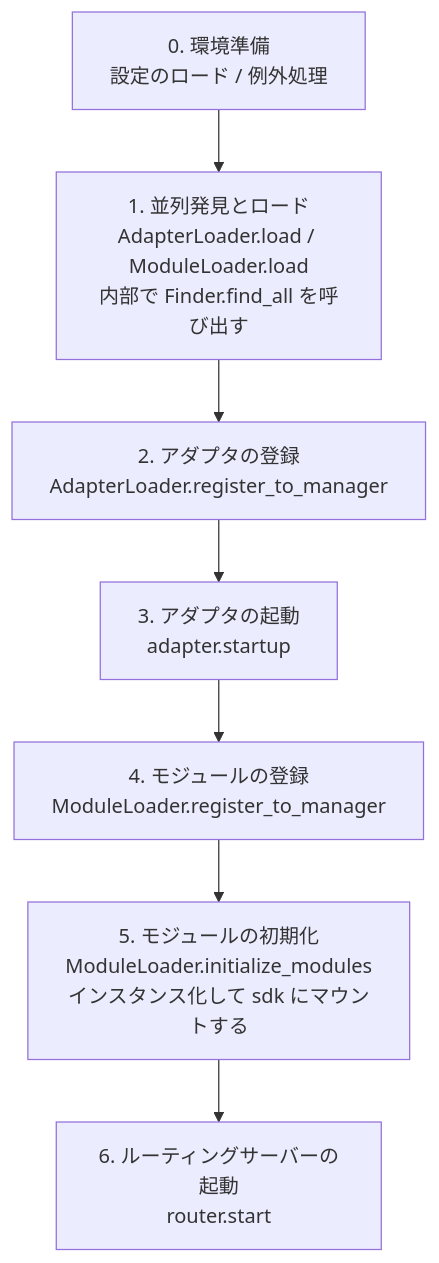
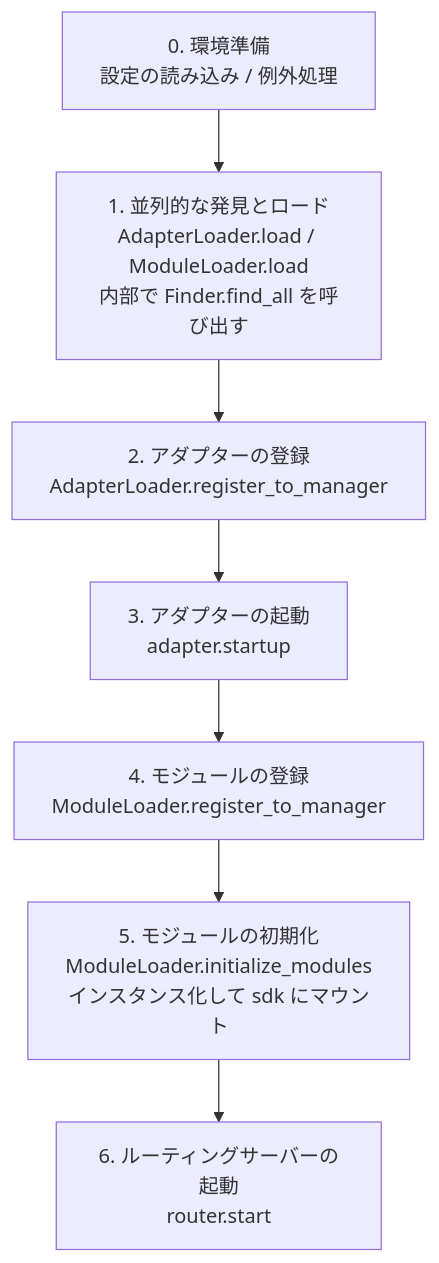
Before and after one commit to ErisPulse/ErisPulse: the diagram in docs/ja/advanced/startup.md, drawn with Mermaid. The commit also changed other lines of this file and 622 other files, not shown here.

````diff
--- a/docs/ja/advanced/startup.md
+++ b/docs/ja/advanced/startup.md
@@ -27,10 +27,10 @@
 ```mermaid
 flowchart TD
-    A[0. 環境準備<br/>設定のロード / 例外処理] --> B
-    B[1. 並列発見とロード<br/>AdapterLoader.load / ModuleLoader.load<br/>内部で Finder.find_all を呼び出す] --> C
-    C[2. アダプタの登録<br/>AdapterLoader.register_to_manager] --> D
-    D[3. アダプタの起動<br/>adapter.startup] --> E
+    A[0. 環境準備<br/>設定の読み込み / 例外処理] --> B
+    B[1. 並列的な発見とロード<br/>AdapterLoader.load / ModuleLoader.load<br/>内部で Finder.find_all を呼び出す] --> C
+    C[2. アダプターの登録<br/>AdapterLoader.register_to_manager] --> D
+    D[3. アダプターの起動<br/>adapter.startup] --> E
     E[4. モジュールの登録<br/>ModuleLoader.register_to_manager] --> F
-    F[5. モジュールの初期化<br/>ModuleLoader.initialize_modules<br/>インスタンス化して sdk にマウントする] --> G
+    F[5. モジュールの初期化<br/>ModuleLoader.initialize_modules<br/>インスタンス化して sdk にマウント] --> G
     G[6. ルーティングサーバーの起動<br/>router.start]
 ```
````
